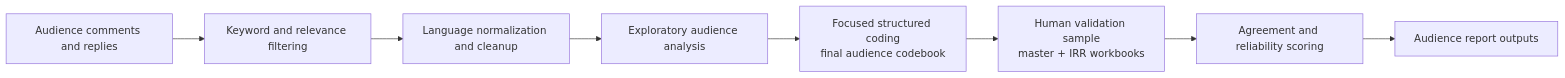
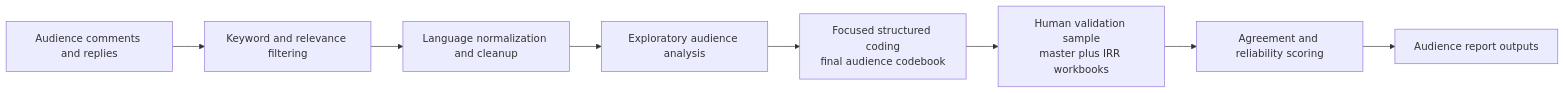
One commit to sushildalavi/Gates-Manfluencer-Project changed the third of 4 diagrams in README.md. Above: the diagram before and after it, drawn with Mermaid. The commit also changed other lines of this file and 9 other files, not shown here.

````diff
--- a/README.md
+++ b/README.md
@@ -92,10 +207,10 @@
 ```mermaid
 flowchart LR
     A["Audience comments and replies"] --> B["Keyword and relevance filtering"]
     B --> C["Language normalization and cleanup"]
     C --> D["Exploratory audience analysis"]
     D --> E["Focused structured coding\nfinal audience codebook"]
-    E --> F["Human validation sample\nmaster + IRR workbooks"]
+    E --> F["Human validation sample\nmaster plus IRR workbooks"]
     F --> G["Agreement and reliability scoring"]
     G --> H["Audience report outputs"]
 ```
````
